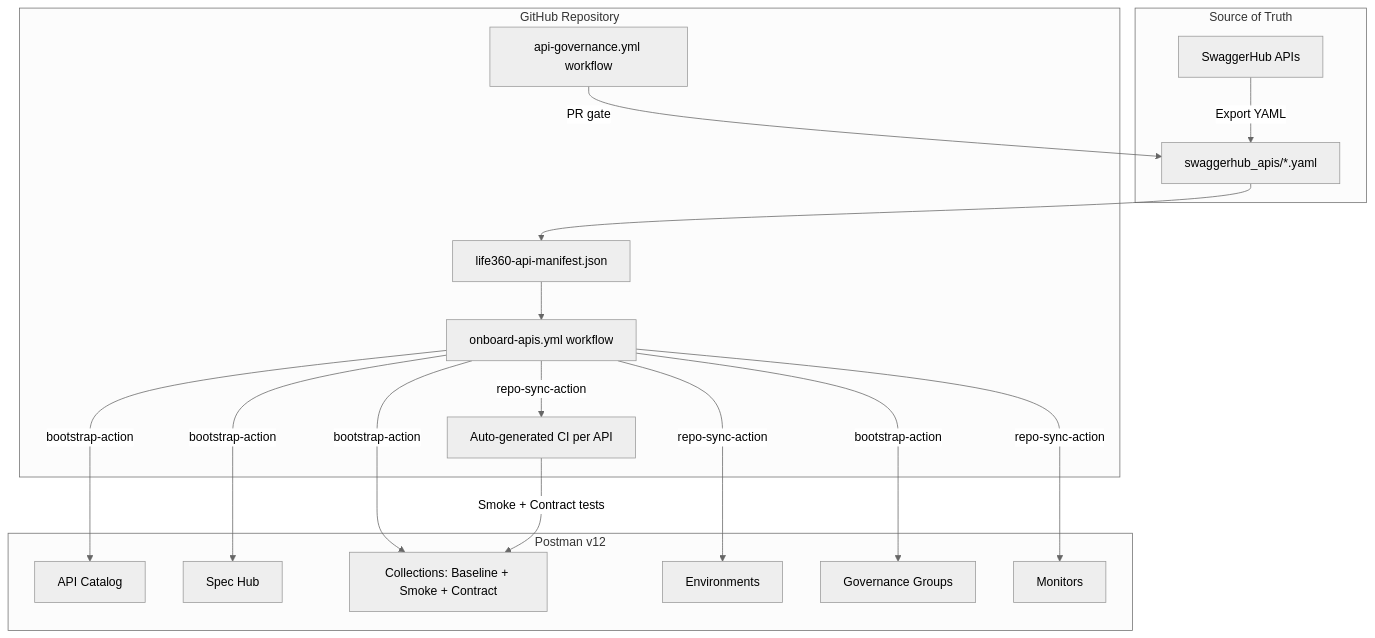
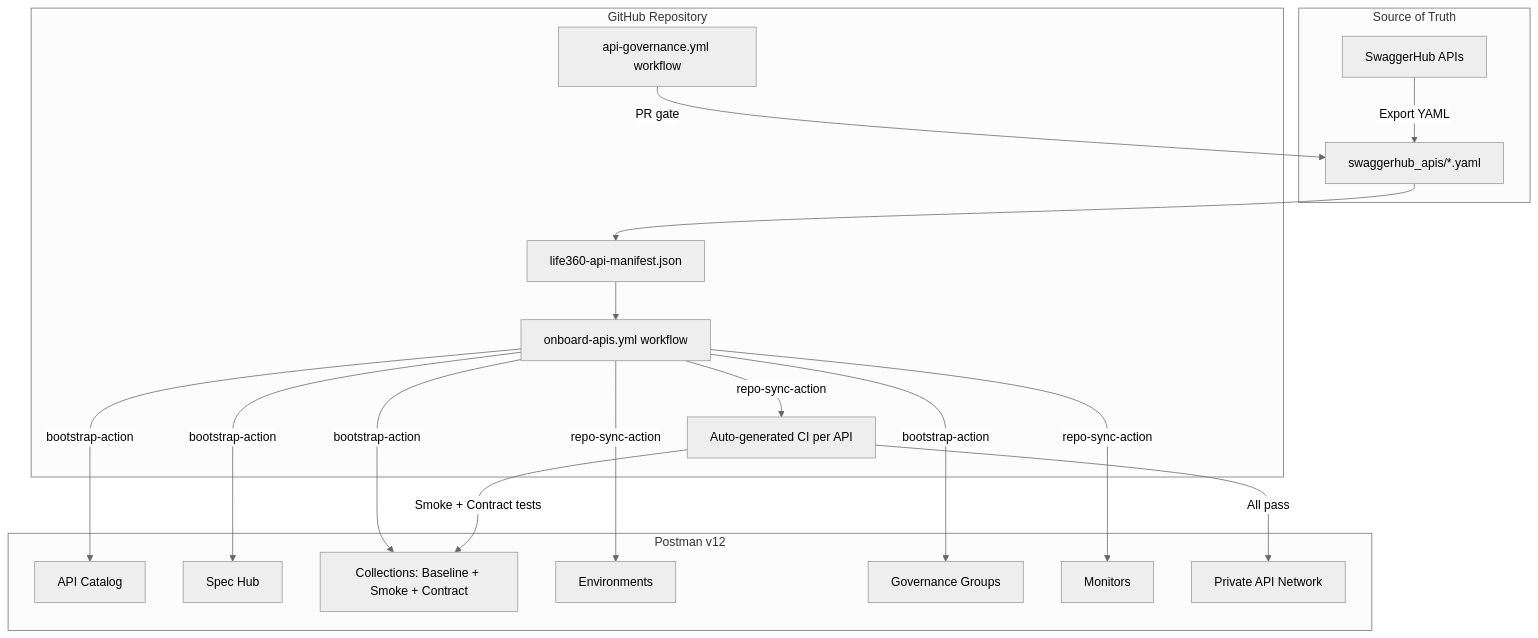
Before and after one commit to shivemind/Cust-LIFE360-pipeline: the first of 3 diagrams in README.md, drawn with Mermaid (neutral theme). The commit also changed other lines of this file and 3 other files, not shown here.

First line of the commit message:
feat: add Private API Network promotion workflow

````diff
--- a/README.md
+++ b/README.md
@@ -16,38 +16,40 @@
 ```mermaid
 flowchart TD
     subgraph sources [Source of Truth]
         SH[SwaggerHub APIs]
         LOCAL["swaggerhub_apis/*.yaml"]
     end
 
     subgraph repo [GitHub Repository]
         MANIFEST[life360-api-manifest.json]
         ONBOARD["onboard-apis.yml workflow"]
         GOV["api-governance.yml workflow"]
         GENCI["Auto-generated CI per API"]
     end
 
     subgraph postmanV12 [Postman v12]
         CATALOG[API Catalog]
         SPECHUB[Spec Hub]
         COLS["Collections: Baseline + Smoke + Contract"]
         ENVS[Environments]
         GOVGRP[Governance Groups]
         MON[Monitors]
+        PAN[Private API Network]
     end
 
     SH -->|Export YAML| LOCAL
     LOCAL --> MANIFEST
     MANIFEST --> ONBOARD
 
     ONBOARD -->|"bootstrap-action"| CATALOG
     ONBOARD -->|"bootstrap-action"| SPECHUB
     ONBOARD -->|"bootstrap-action"| COLS
     ONBOARD -->|"bootstrap-action"| GOVGRP
     ONBOARD -->|"repo-sync-action"| ENVS
     ONBOARD -->|"repo-sync-action"| MON
     ONBOARD -->|"repo-sync-action"| GENCI
 
     GOV -->|PR gate| LOCAL
     GENCI -->|Smoke + Contract tests| COLS
+    GENCI -->|All pass| PAN
 ```
````
